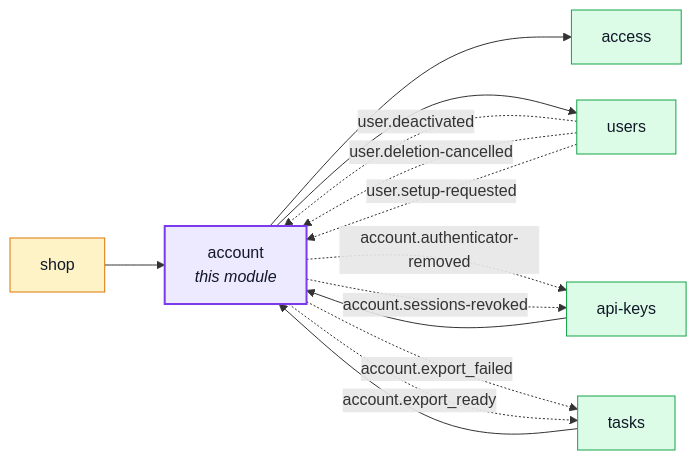
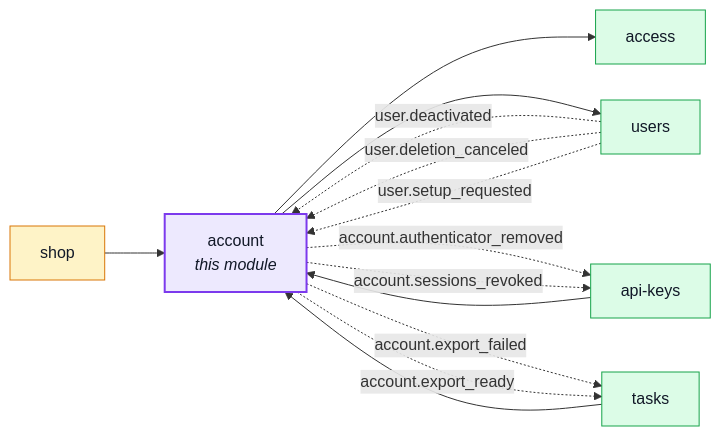
The first of 5 diagrams in docs/modules/account.md (Guebbit/boilerplate-node-backend), drawn with Mermaid before and after one commit. The commit also changed other lines of this file and 301 other files, not shown here.

````diff
--- a/docs/modules/account.md
+++ b/docs/modules/account.md
@@ -16,31 +16,31 @@
 ```mermaid
 %%{init: {'flowchart': {'nodeSpacing': 30, 'rankSpacing': 60}}}%%
 flowchart LR
     account["account<br/><i>this module</i>"]
     access["access"]
     api_keys["api-keys"]
     shop["shop"]
     tasks["tasks"]
     users["users"]
 
     api_keys --> account
     shop --> account
     tasks --> account
     account --> access
     account --> users
     users -. "user.deactivated" .-> account
-    users -. "user.deletion-cancelled" .-> account
-    users -. "user.setup-requested" .-> account
-    account -. "account.authenticator-removed" .-> api_keys
-    account -. "account.sessions-revoked" .-> api_keys
+    users -. "user.deletion_canceled" .-> account
+    users -. "user.setup_requested" .-> account
+    account -. "account.authenticator_removed" .-> api_keys
+    account -. "account.sessions_revoked" .-> api_keys
     account -. "account.export_failed" .-> tasks
     account -. "account.export_ready" .-> tasks
 
     classDef core fill:#dbeafe,stroke:#2563eb,color:#111827;
     classDef supporting fill:#fef3c7,stroke:#d97706,color:#111827;
     classDef generic fill:#dcfce7,stroke:#16a34a,color:#111827;
     classDef centre fill:#ede9fe,stroke:#7c3aed,stroke-width:2px,color:#111827;
     class shop supporting;
     class access,api_keys,tasks,users generic;
     class account centre;
 ```
````
